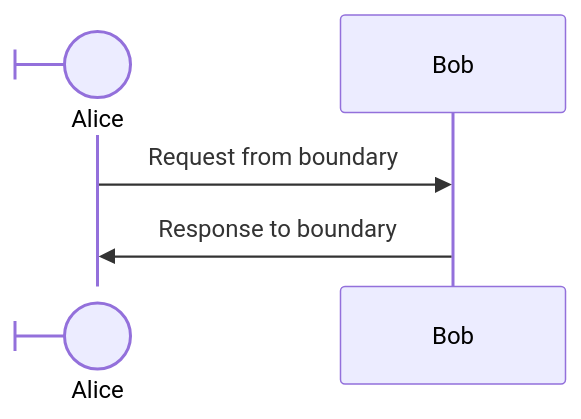
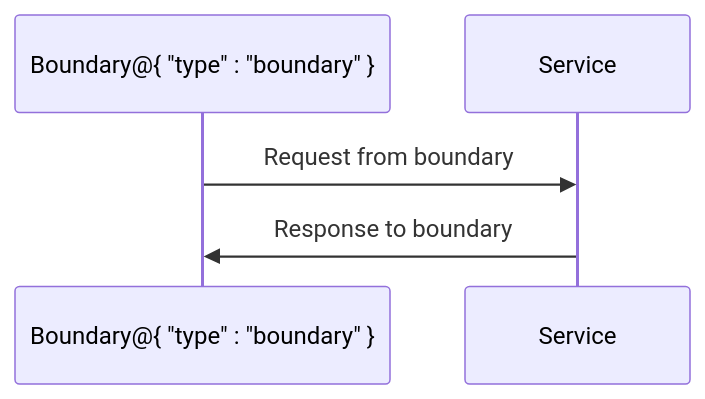
One commit to Cogni-AI-OU/cogni-ai-agent-skills changed diagram 21 of 29 in mermaid/SKILL.md. Above: the diagram before and after it, drawn with Mermaid. The commit also changed other lines of this file, not shown here.

Commit message:
Enhance SKILL.md: Revise architecture and block diagram sections for clarity and detail

````diff
--- a/mermaid/SKILL.md
+++ b/mermaid/SKILL.md
@@ -303,7 +669,7 @@
 ```mermaid
 sequenceDiagram
-    participant Alice@{ "type" : "boundary" }
-    participant Bob
-    Alice->>Bob: Request from boundary
-    Bob->>Alice: Response to boundary
+    participant C as Boundary@{ "type" : "boundary" }
+    participant S as Service
+    C->>S: Request from boundary
+    S->>C: Response to boundary
 ```
````
